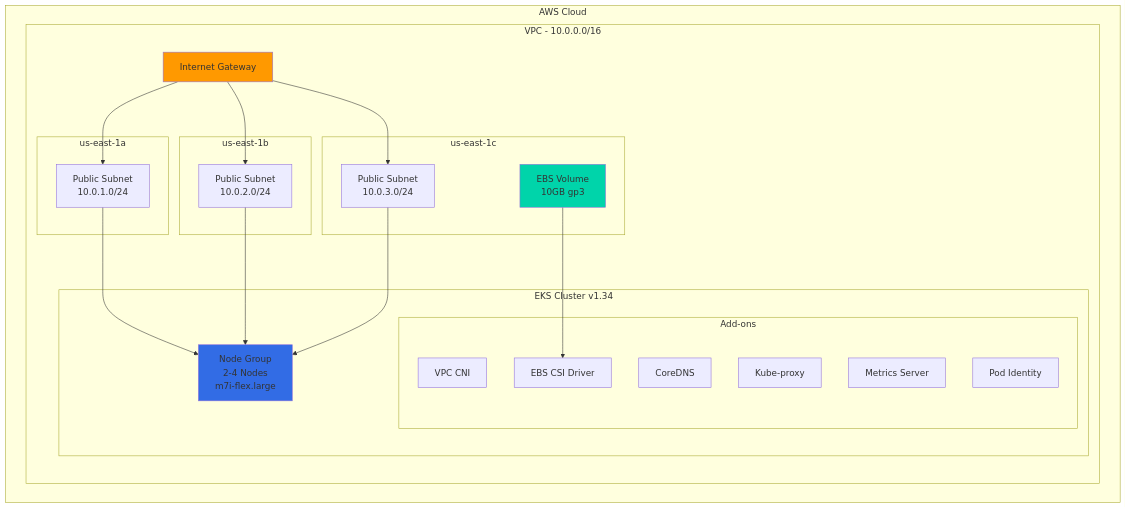
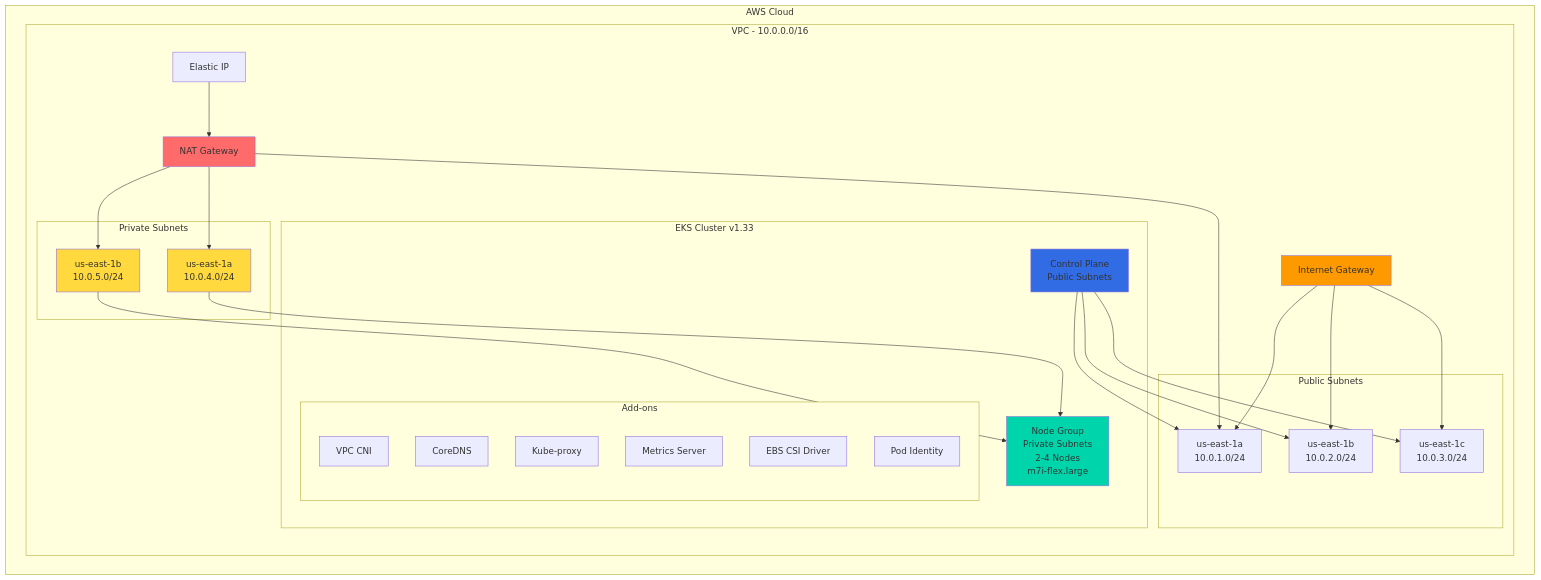
Before and after one commit to Mohamed-Sarhan-Elhussieny/AWS-EKS-Core-Infrastructure-with-Terraform-depi-: the diagram in README.md, drawn with Mermaid. The commit also changed other lines of this file, not shown here.

````diff
--- a/README.md
+++ b/README.md
@@ -85,46 +89,55 @@
 ```mermaid
 graph TB
     subgraph "AWS Cloud"
         subgraph "VPC - 10.0.0.0/16"
             IGW[Internet Gateway]
+            NAT[NAT Gateway]
+            EIP[Elastic IP]
             
-            subgraph "us-east-1a"
-                SN1[Public Subnet<br/>10.0.1.0/24]
+            subgraph "Public Subnets"
+                SN1[us-east-1a<br/>10.0.1.0/24]
+                SN2[us-east-1b<br/>10.0.2.0/24]
+                SN3[us-east-1c<br/>10.0.3.0/24]
             end
             
-            subgraph "us-east-1b"
-                SN2[Public Subnet<br/>10.0.2.0/24]
+            subgraph "Private Subnets"
+                PSN1[us-east-1a<br/>10.0.4.0/24]
+                PSN2[us-east-1b<br/>10.0.5.0/24]
             end
             
-            subgraph "us-east-1c"
-                SN3[Public Subnet<br/>10.0.3.0/24]
-                EBS[EBS Volume<br/>10GB gp3]
-            end
-            
-            subgraph "EKS Cluster v1.34"
-                NG[Node Group<br/>2-4 Nodes<br/>m7i-flex.large]
+            subgraph "EKS Cluster v1.33"
+                CP[Control Plane<br/>Public Subnets]
+                NG[Node Group<br/>Private Subnets<br/>2-4 Nodes<br/>m7i-flex.large]
                 
                 subgraph "Add-ons"
                     VPC_CNI[VPC CNI]
                     COREDNS[CoreDNS]
                     PROXY[Kube-proxy]
                     METRICS[Metrics Server]
                     CSI[EBS CSI Driver]
                     POD_ID[Pod Identity]
                 end
             end
         end
     end
     
     IGW --> SN1
     IGW --> SN2
     IGW --> SN3
-    SN1 --> NG
-    SN2 --> NG
-    SN3 --> NG
-    EBS --> CSI
+    EIP --> NAT
+    NAT --> SN1
+    NAT --> PSN1
+    NAT --> PSN2
+    CP --> SN1
+    CP --> SN2
+    CP --> SN3
+    PSN1 --> NG
+    PSN2 --> NG
     
     style IGW fill:#ff9900
-    style NG fill:#326ce5
-    style EBS fill:#00d4aa
+    style NAT fill:#ff6b6b
+    style CP fill:#326ce5
+    style NG fill:#00d4aa
+    style PSN1 fill:#ffd93d
+    style PSN2 fill:#ffd93d
 ```
````
